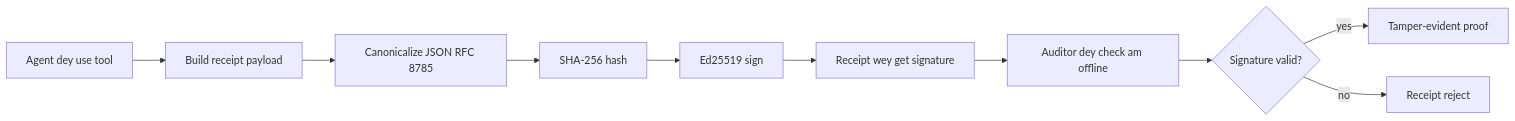
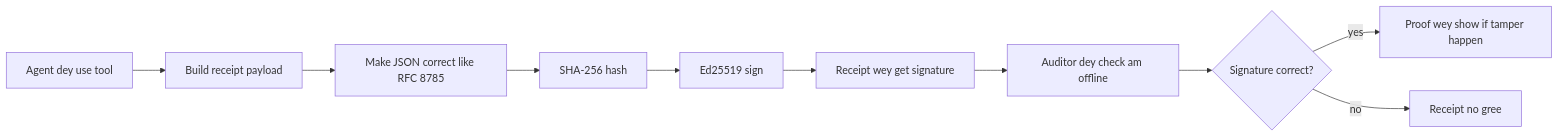
The first of 2 diagrams in mirrors/repos/microsoft@ai-agents-for-beginners/translations/pcm/18-securing-ai-agents/README.md (gabrielmoreira/agent-skills-mirror), drawn with Mermaid before and after one commit. The commit also changed other lines of this file and 4482 other files, not shown here.

````diff
--- a/mirrors/repos/microsoft@ai-agents-for-beginners/translations/pcm/18-securing-ai-agents/README.md
+++ b/mirrors/repos/microsoft@ai-agents-for-beginners/translations/pcm/18-securing-ai-agents/README.md
@@ -51,12 +51,12 @@
 ```mermaid
 flowchart LR
     A[Agent dey use tool] --> B[Build receipt payload]
-    B --> C[Canonicalize JSON RFC 8785]
+    B --> C[Make JSON correct like RFC 8785]
     C --> D[SHA-256 hash]
     D --> E[Ed25519 sign]
     E --> F[Receipt wey get signature]
     F --> G[Auditor dey check am offline]
-    G --> H{Signature valid?}
-    H -- yes --> I[Tamper-evident proof]
-    H -- no --> J[Receipt reject]
+    G --> H{Signature correct?}
+    H -- yes --> I[Proof wey show if tamper happen]
+    H -- no --> J[Receipt no gree]
 ```
````
